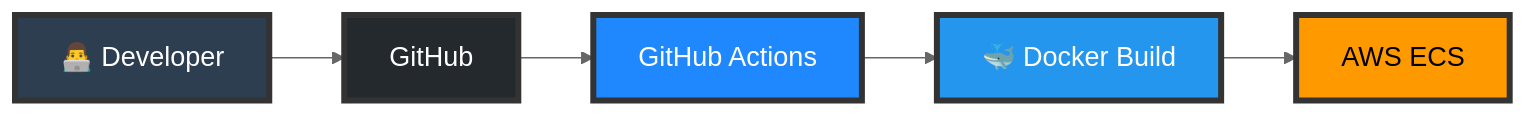
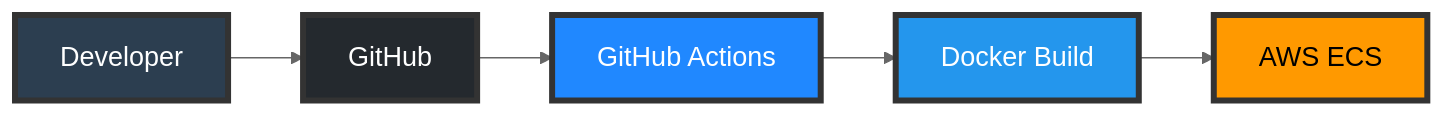
Before and after one commit to inskillflow/awsbedrock-demo-1-inmemory: diagram 17 of 24 in documentation/00-ARCHITECTURE.md, drawn with Mermaid (neutral theme). The commit also changed other lines of this file, not shown here.

First line of the commit message:
refactor: simplification des diagrammes - retrait des emojis

````diff
--- a/documentation/00-ARCHITECTURE.md
+++ b/documentation/00-ARCHITECTURE.md
@@ -823,19 +823,19 @@
 ```mermaid
 flowchart LR
-    Dev[👨‍💻 Developer]
+    Dev[Developer]
     GitHub[GitHub]
     Actions[GitHub Actions]
-    Docker[🐳 Docker Build]
+    Docker[Docker Build]
     ECS[AWS ECS]
     
     Dev --> GitHub
     GitHub --> Actions
     Actions --> Docker
     Docker --> ECS
     
     style Dev fill:#2C3E50,stroke:#333,stroke-width:4px,color:#fff,font-size:18px
     style GitHub fill:#24292E,stroke:#333,stroke-width:4px,color:#fff,font-size:18px
     style Actions fill:#2088FF,stroke:#333,stroke-width:4px,color:#fff,font-size:18px
     style Docker fill:#2496ED,stroke:#333,stroke-width:4px,color:#fff,font-size:18px
     style ECS fill:#FF9900,stroke:#333,stroke-width:4px,color:#000,font-size:18px
 ```
````
